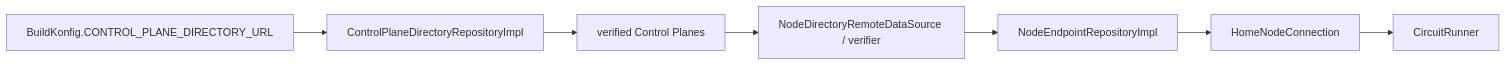
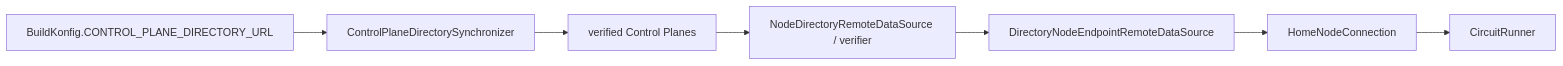
Before and after one commit to cbgm/Sparrow: the diagram in docs/features/transport.md, drawn with Mermaid. The commit also changed other lines of this file and 90 other files, not shown here.

````diff
--- a/docs/features/transport.md
+++ b/docs/features/transport.md
@@ -7,12 +7,12 @@
 ```mermaid
 flowchart LR
     BK[BuildKonfig.CONTROL_PLANE_DIRECTORY_URL]
-    DS[ControlPlaneDirectoryRepositoryImpl]
+    DS[ControlPlaneDirectorySynchronizer]
     CP[verified Control Planes]
     ND[NodeDirectoryRemoteDataSource / verifier]
-    ER[NodeEndpointRepositoryImpl]
+    ER[DirectoryNodeEndpointRemoteDataSource]
     CM[HomeNodeConnection]
     CR[CircuitRunner]
 
     BK --> DS --> CP --> ND --> ER --> CM --> CR
 ```
````
